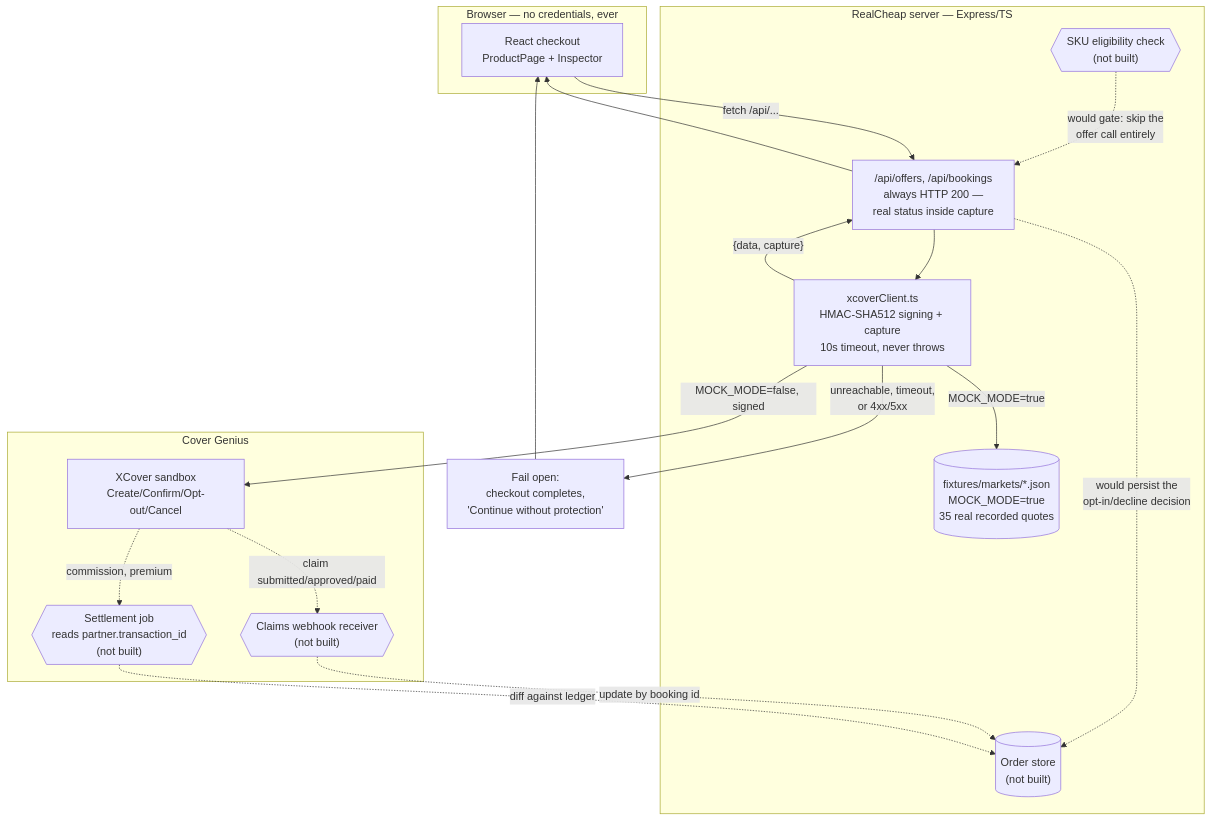
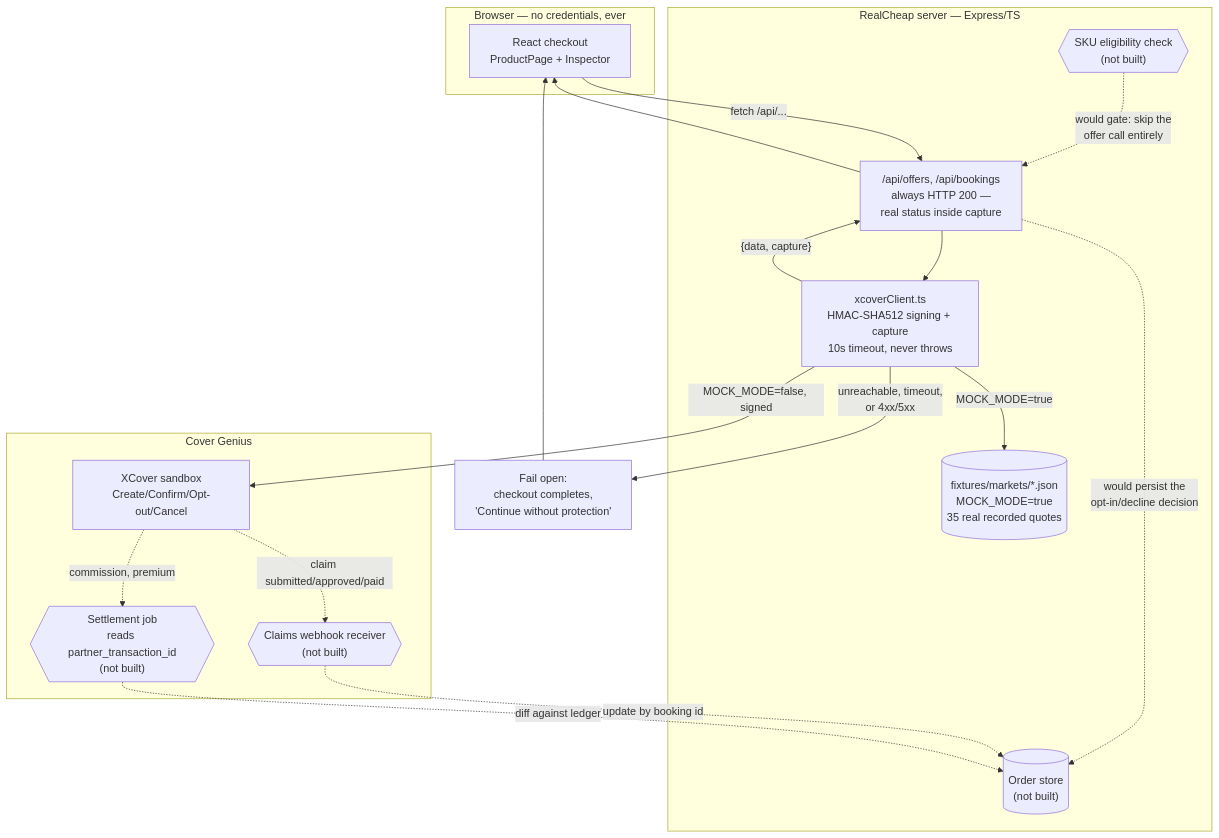
One commit to highbrowse-co/realcheap changed the diagram in docs/ARCHITECTURE.md. Above: the diagram before and after it, drawn with Mermaid. The commit also changed other lines of this file and 8 other files, not shown here.

````diff
--- a/docs/ARCHITECTURE.md
+++ b/docs/ARCHITECTURE.md
@@ -24,38 +24,38 @@
 ```mermaid
 flowchart TB
     subgraph Browser["Browser — no credentials, ever"]
         UI["React checkout<br/>ProductPage + Inspector"]
     end
 
     subgraph Server["RealCheap server — Express/TS"]
         Elig{{"SKU eligibility check<br/>(not built)"}}
         Routes["/api/offers, /api/bookings<br/>always HTTP 200 —<br/>real status inside capture"]
         Client["xcoverClient.ts<br/>HMAC-SHA512 signing + capture<br/>10s timeout, never throws"]
         Fixtures[("fixtures/markets/*.json<br/>MOCK_MODE=true<br/>35 real recorded quotes")]
         Orders[("Order store<br/>(not built)")]
     end
 
     subgraph XCoverSide["Cover Genius"]
         XCover["XCover sandbox<br/>Create/Confirm/Opt-out/Cancel"]
         Webhook{{"Claims webhook receiver<br/>(not built)"}}
-        Settle{{"Settlement job<br/>reads partner.transaction_id<br/>(not built)"}}
+        Settle{{"Settlement job<br/>reads partner_transaction_id<br/>(not built)"}}
     end
 
     Elig -. "would gate: skip the<br/>offer call entirely" .-> Routes
     UI -- "fetch /api/..." --> Routes
     Routes --> Client
     Client -- "MOCK_MODE=true" --> Fixtures
     Client -- "MOCK_MODE=false, signed" --> XCover
     Client -- "{data, capture}" --> Routes
     Routes --> UI
     Routes -. "would persist the<br/>opt-in/decline decision" .-> Orders
 
     XCover -. "claim submitted/approved/paid" .-> Webhook
     Webhook -. "update by booking id" .-> Orders
 
     XCover -. "commission, premium" .-> Settle
     Settle -. "diff against ledger" .-> Orders
 
     Client -- "unreachable, timeout,<br/>or 4xx/5xx" --> FailOpen["Fail open:<br/>checkout completes,<br/>'Continue without protection'"]
     FailOpen --> UI
 ```
````
